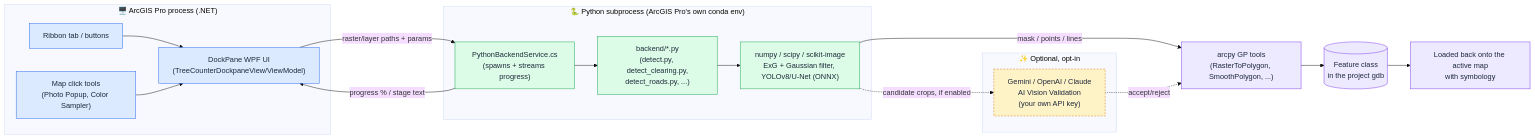
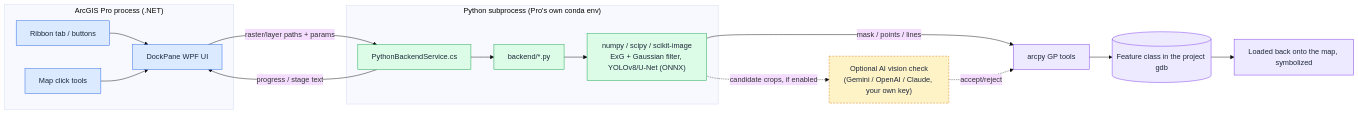
The diagram in README.md (Ahmedseko/forestry-toolkit), drawn with Mermaid (base theme) before and after one commit. The commit also changed other lines of this file and 1 other file, not shown here.

````diff
--- a/README.md
+++ b/README.md
@@ -46,42 +114,39 @@
 ```mermaid
 flowchart LR
-    subgraph ArcGISPro["🖥️ ArcGIS Pro process (.NET)"]
+    subgraph Pro["ArcGIS Pro process (.NET)"]
         Ribbon["Ribbon tab / buttons"]
-        DockPane["DockPane WPF UI<br/>(TreeCounterDockpaneView/ViewModel)"]
-        MapTool["Map click tools<br/>(Photo Popup, Color Sampler)"]
+        DockPane["DockPane WPF UI"]
+        MapTool["Map click tools"]
         Ribbon --> DockPane
         MapTool --> DockPane
     end
 
-    subgraph PyBackend["🐍 Python subprocess (ArcGIS Pro's own conda env)"]
-        Service["PythonBackendService.cs<br/>(spawns + streams progress)"]
-        Scripts["backend/*.py<br/>(detect.py, detect_clearing.py,<br/>detect_roads.py, ...)"]
+    subgraph Py["Python subprocess (Pro's own conda env)"]
+        Service["PythonBackendService.cs"]
+        Scripts["backend/*.py"]
         Algo["numpy / scipy / scikit-image<br/>ExG + Gaussian filter, YOLOv8/U-Net (ONNX)"]
         Service --> Scripts --> Algo
     end
 
-    subgraph Optional["✨ Optional, opt-in"]
-        AI["Gemini / OpenAI / Claude<br/>AI Vision Validation<br/>(your own API key)"]
-    end
-
-    GP["arcpy GP tools<br/>(RasterToPolygon, SmoothPolygon, ...)"]
-    FC[("Feature class<br/>in the project gdb")]
-    Map["Loaded back onto the active map<br/>with symbology"]
+    AI["Optional AI vision check<br/>(Gemini / OpenAI / Claude, your own key)"]
+    GP["arcpy GP tools"]
+    FC[("Feature class in the project gdb")]
+    Map["Loaded back onto the map, symbolized"]
 
     DockPane -- "raster/layer paths + params" --> Service
     Algo -- "mask / points / lines" --> GP
     Algo -. "candidate crops, if enabled" .-> AI
     AI -. "accept/reject" .-> GP
     GP --> FC --> Map
-    Service -- "progress % / stage text" --> DockPane
+    Service -- "progress / stage text" --> DockPane
 
     classDef arcgis fill:#dbeafe,stroke:#2563eb,color:#1e293b
     classDef python fill:#dcfce7,stroke:#16a34a,color:#1e293b
     classDef optional fill:#fef3c7,stroke:#d97706,color:#1e293b,stroke-dasharray: 4 3
     classDef data fill:#ede9fe,stroke:#7c3aed,color:#1e293b
 
     class Ribbon,DockPane,MapTool arcgis
     class Service,Scripts,Algo python
     class AI optional
     class GP,FC,Map data
 ```
````
